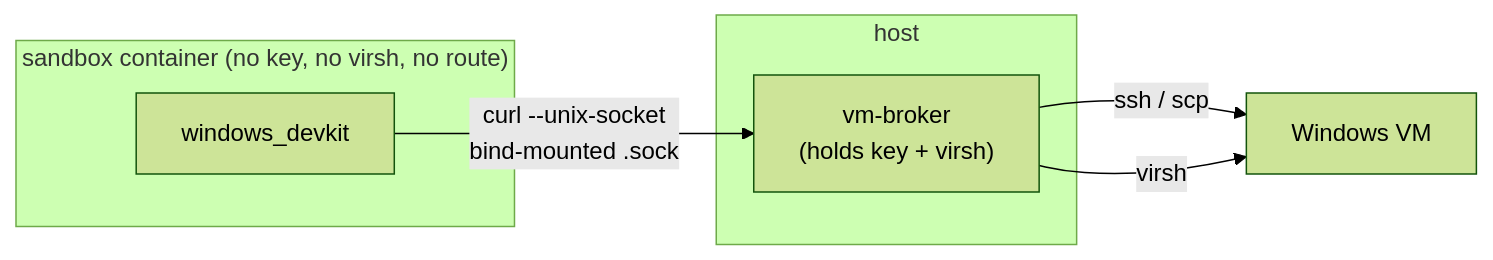
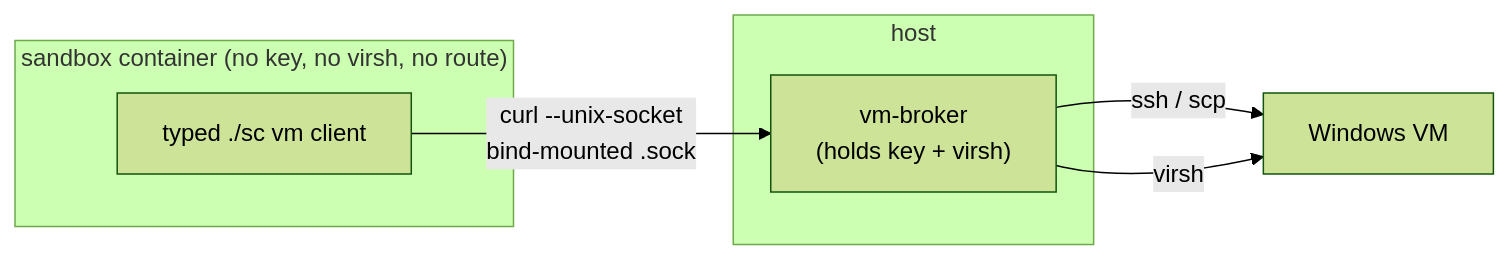
Before and after one commit to jedbjorn/subfloor: the second of 2 diagrams in docs/README.md, drawn with Mermaid (forest theme). The commit also changed other lines of this file and 63 other files, not shown here.

````diff
--- a/docs/README.md
+++ b/docs/README.md
@@ -1033,13 +1039,13 @@
 ```mermaid
 graph LR
   subgraph C["sandbox container (no key, no virsh, no route)"]
-    W["windows_devkit"]:::class1
+    W["typed ./sc vm client"]:::class1
   end
   subgraph H["host"]
     B["vm-broker<br/>(holds key + virsh)"]:::class2
   end
   V["Windows VM"]:::class3
   W -->|"curl --unix-socket<br/>bind-mounted .sock"| B
   B -->|"ssh / scp"| V
   B -->|"virsh"| V
 ```
````
